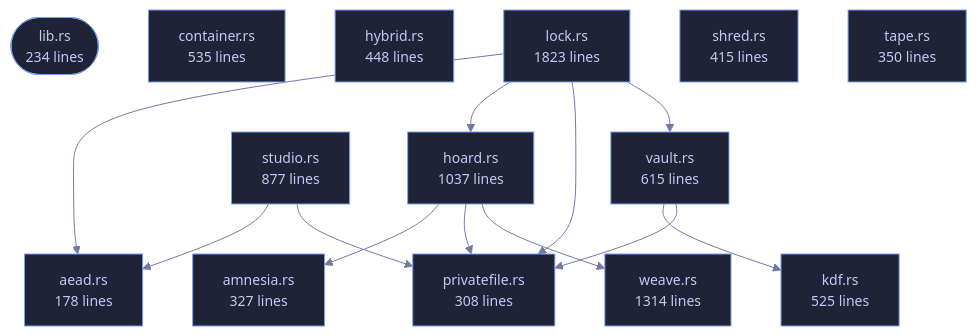
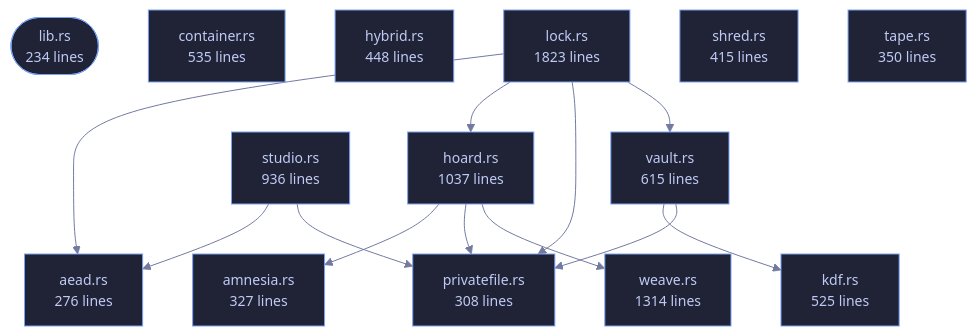
One commit to tilas01/veilvoice changed the diagram in crates/veilvoice-crypto/README.md. Above: the diagram before and after it, drawn with Mermaid. The commit also changed other lines of this file and 29 other files, not shown here.

````diff
--- a/crates/veilvoice-crypto/README.md
+++ b/crates/veilvoice-crypto/README.md
@@ -108,43 +108,43 @@
 ```mermaid
 %%{init: {"theme":"base","themeVariables":{"background":"#1a1b26","primaryColor":"#1f2335","primaryTextColor":"#c0caf5","primaryBorderColor":"#7aa2f7","secondaryColor":"#16161e","tertiaryColor":"#16161e","lineColor":"#737aa2","textColor":"#c0caf5","mainBkg":"#1f2335","nodeBorder":"#7aa2f7","clusterBkg":"#16161e","clusterBorder":"#2f3549","fontFamily":"ui-monospace, SFMono-Regular, Consolas, monospace","fontSize":"14px"}}}%%
 flowchart TD
     n_lib(["lib.rs<br/>234 lines"])
-    n_aead["aead.rs<br/>178 lines"]
+    n_aead["aead.rs<br/>276 lines"]
     n_amnesia["amnesia.rs<br/>327 lines"]
     n_container["container.rs<br/>535 lines"]
     n_hoard["hoard.rs<br/>1037 lines"]
     n_hybrid["hybrid.rs<br/>448 lines"]
     n_kdf["kdf.rs<br/>525 lines"]
     n_lock["lock.rs<br/>1823 lines"]
     n_privatefile["privatefile.rs<br/>308 lines"]
     n_shred["shred.rs<br/>415 lines"]
-    n_studio["studio.rs<br/>877 lines"]
+    n_studio["studio.rs<br/>936 lines"]
     n_tape["tape.rs<br/>350 lines"]
     n_vault["vault.rs<br/>615 lines"]
     n_weave["weave.rs<br/>1314 lines"]
     n_hoard --> n_amnesia
     n_hoard --> n_privatefile
     n_hoard --> n_weave
     n_lock --> n_aead
     n_lock --> n_hoard
     n_lock --> n_privatefile
     n_lock --> n_vault
     n_studio --> n_aead
     n_studio --> n_privatefile
     n_vault --> n_kdf
     n_vault --> n_privatefile
     click n_lib href "https://github.com/tilas01/veilvoice/blob/main/crates/veilvoice-crypto/src/lib.rs" "open the source"
     click n_aead href "https://github.com/tilas01/veilvoice/blob/main/crates/veilvoice-crypto/src/aead.rs" "open the source"
     click n_amnesia href "https://github.com/tilas01/veilvoice/blob/main/crates/veilvoice-crypto/src/amnesia.rs" "open the source"
     click n_container href "https://github.com/tilas01/veilvoice/blob/main/crates/veilvoice-crypto/src/container.rs" "open the source"
     click n_hoard href "https://github.com/tilas01/veilvoice/blob/main/crates/veilvoice-crypto/src/hoard.rs" "open the source"
     click n_hybrid href "https://github.com/tilas01/veilvoice/blob/main/crates/veilvoice-crypto/src/hybrid.rs" "open the source"
     click n_kdf href "https://github.com/tilas01/veilvoice/blob/main/crates/veilvoice-crypto/src/kdf.rs" "open the source"
     click n_lock href "https://github.com/tilas01/veilvoice/blob/main/crates/veilvoice-crypto/src/lock.rs" "open the source"
     click n_privatefile href "https://github.com/tilas01/veilvoice/blob/main/crates/veilvoice-crypto/src/privatefile.rs" "open the source"
     click n_shred href "https://github.com/tilas01/veilvoice/blob/main/crates/veilvoice-crypto/src/shred.rs" "open the source"
     click n_studio href "https://github.com/tilas01/veilvoice/blob/main/crates/veilvoice-crypto/src/studio.rs" "open the source"
     click n_tape href "https://github.com/tilas01/veilvoice/blob/main/crates/veilvoice-crypto/src/tape.rs" "open the source"
     click n_vault href "https://github.com/tilas01/veilvoice/blob/main/crates/veilvoice-crypto/src/vault.rs" "open the source"
     click n_weave href "https://github.com/tilas01/veilvoice/blob/main/crates/veilvoice-crypto/src/weave.rs" "open the source"
 ```
````
